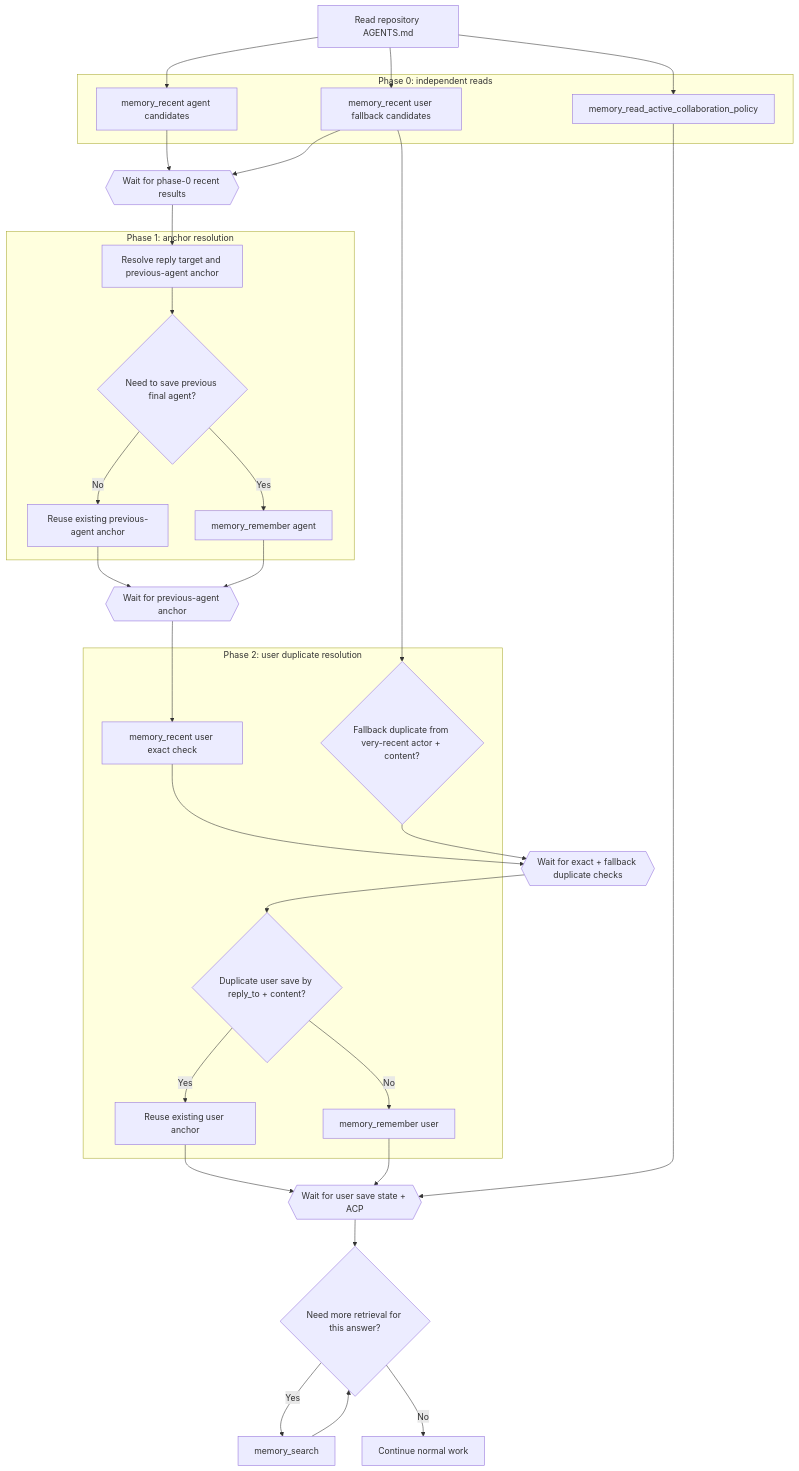
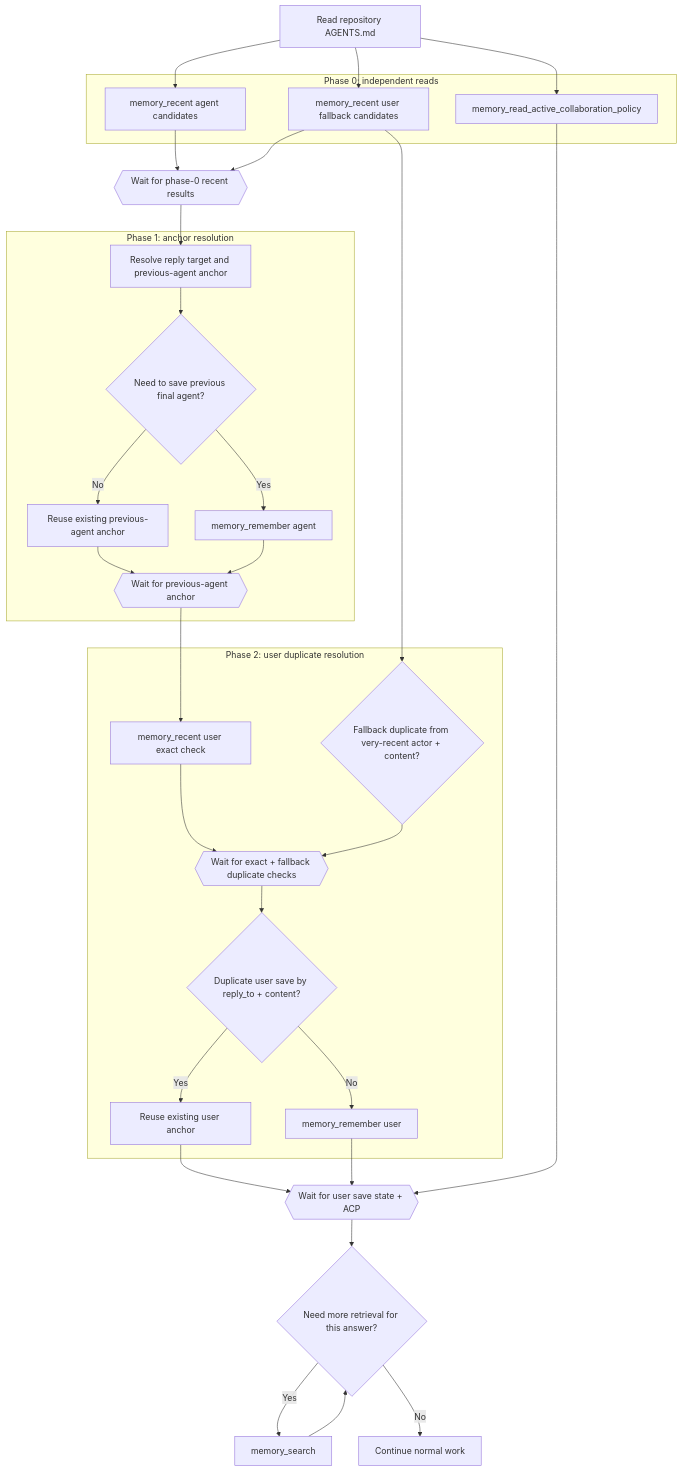
One commit to KazinaG/breathing_memory changed the second of 2 diagrams in docs/mcp-turn-flows.md. Above: the diagram before and after it, drawn with Mermaid.

Commit message:
docs: place wait nodes inside phase groups

````diff
--- a/docs/mcp-turn-flows.md
+++ b/docs/mcp-turn-flows.md
@@ -44,56 +44,58 @@
 ```mermaid
 flowchart TD
     A[Read repository AGENTS.md]
 
     subgraph P0[Phase 0: independent reads]
         B[memory_recent agent candidates]
         C[memory_recent user fallback candidates]
         P[memory_read_active_collaboration_policy]
     end
 
     subgraph P1[Phase 1: anchor resolution]
         D[Resolve reply target and previous-agent anchor]
         E{Need to save previous final agent?}
         F[Reuse existing previous-agent anchor]
         G[memory_remember agent]
+        W1{{Wait for previous-agent anchor}}
     end
 
     subgraph P2[Phase 2: user duplicate resolution]
         I[memory_recent user exact check]
         J{Fallback duplicate from very-recent actor + content?}
+        W2{{Wait for exact + fallback duplicate checks}}
         K{Duplicate user save by reply_to + content?}
         L[Reuse existing user anchor]
         N[memory_remember user]
     end
 
     A --> B
     A --> C
     A --> P
 
     B --> W0{{Wait for phase-0 recent results}}
     C --> W0
     W0 --> D
 
     D --> E
     E -- No --> F
     E -- Yes --> G
-    F --> W1{{Wait for previous-agent anchor}}
+    F --> W1
     G --> W1
 
     W1 --> I
     C --> J
-    I --> W2{{Wait for exact + fallback duplicate checks}}
+    I --> W2
     J --> W2
     W2 --> K
     K -- Yes --> L
     K -- No --> N
 
     L --> W3{{Wait for user save state + ACP}}
     N --> W3
     P --> W3
     W3 --> O{Need more retrieval for this answer?}
     O -- Yes --> Q[memory_search]
     O -- No --> R[Continue normal work]
     Q --> O
 
 ```
````
